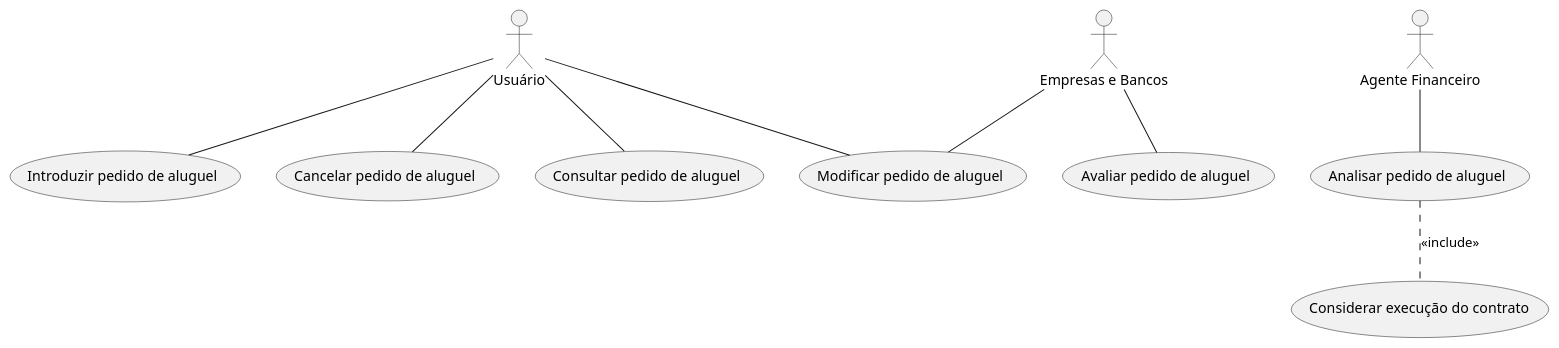
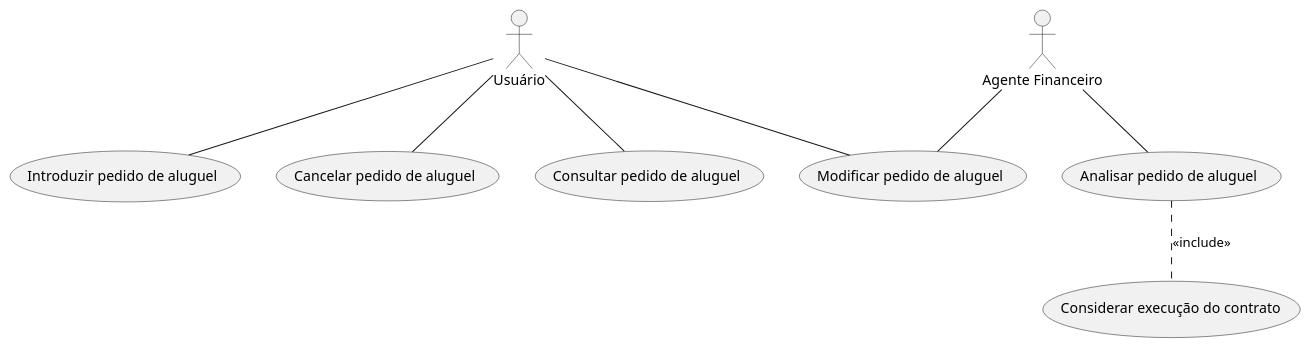
Before and after one commit to RafaMtF/LDS-Lab02: the diagram in project/code/useCaseDiagram.puml, drawn with PlantUML. The commit also changed 2 other files, not shown here.

Commit message:
Updating useCaseDiagram and changing places for the user history

```diff
--- a/project/code/useCaseDiagram.puml
+++ b/project/code/useCaseDiagram.puml
@@ -1,27 +1,23 @@
 @startuml useCaseDiagram
 
 :Usuário: as U
-:Empresas e Bancos: as EB
 :Agente Financeiro: as AF
 
 (Introduzir pedido de aluguel) as IntroPedido
 (Cancelar pedido de aluguel) as CancelarPedido
 (Consultar pedido de aluguel) as ConsultarPedido
 (Modificar pedido de aluguel) as ModificarPedido
-
-(Avaliar pedido de aluguel) as AvaliarPedido
 
 (Analisar pedido de aluguel) as AnalisarPedido
 
 (Considerar execução do contrato) as ConsultarViabilidade
 
 U -- IntroPedido
 U -- CancelarPedido
 U -- ConsultarPedido
 U -- ModificarPedido
-EB -- ModificarPedido
-EB -- AvaliarPedido
+AF -- ModificarPedido
 AF --  AnalisarPedido
 AnalisarPedido .. ConsultarViabilidade : <<include>>
 
 @enduml
```
